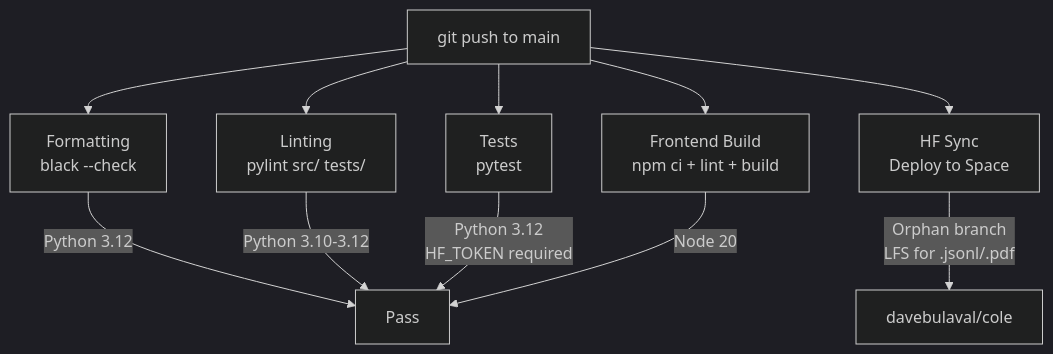
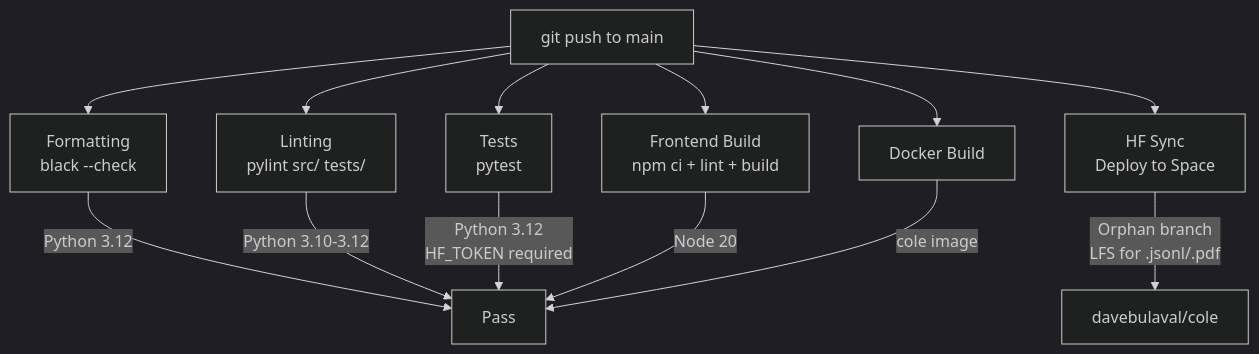
The sixth of 6 diagrams in docs/architecture.md (GRAAL-Research/COLE), drawn with Mermaid (dark theme) before and after one commit. The commit also changed other lines of this file and 12 other files, not shown here.

````diff
--- a/docs/architecture.md
+++ b/docs/architecture.md
@@ -147,14 +146,16 @@
 ```mermaid
 graph TD
     Push[git push to main] --> F[Formatting\nblack --check]
     Push --> L[Linting\npylint src/ tests/]
     Push --> T[Tests\npytest]
     Push --> FB[Frontend Build\nnpm ci + lint + build]
+    Push --> DB[Docker Build]
     Push --> HF[HF Sync\nDeploy to Space]
 
     F -->|Python 3.12| Pass
     L -->|Python 3.10-3.12| Pass
     T -->|Python 3.12\nHF_TOKEN required| Pass
     FB -->|Node 20| Pass
+    DB -->|cole image| Pass
     HF -->|Orphan branch\nLFS for .jsonl/.pdf| Space[davebulaval/cole]
 ```
````
